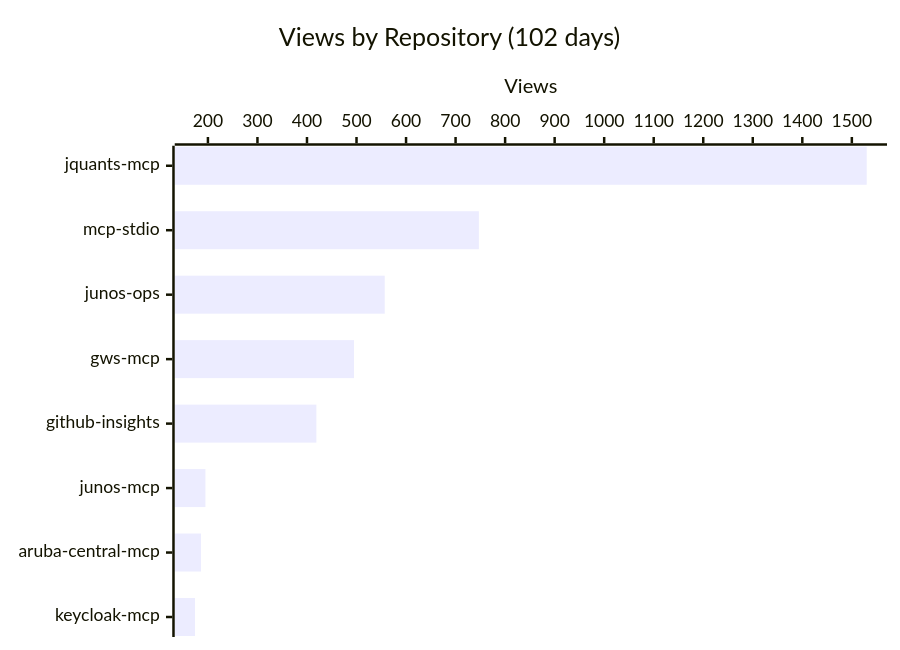
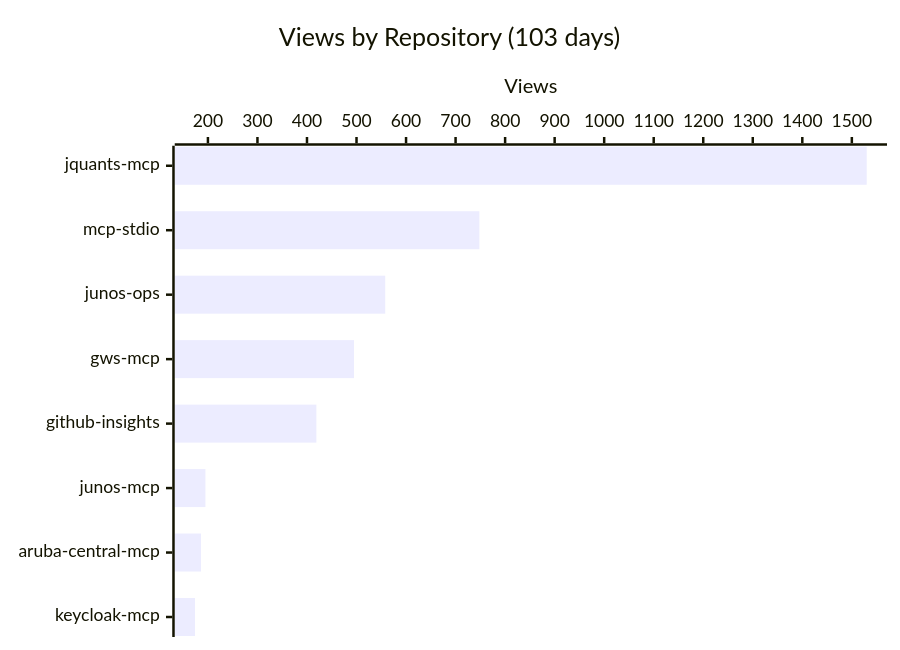
Before and after one commit to shigechika/github-insights: the first of 3 diagrams in README.md, drawn with Mermaid. The commit also changed other lines of this file and 2 other files, not shown here.

````diff
--- a/README.md
+++ b/README.md
@@ -18,7 +18,7 @@
 ```mermaid
 xychart-beta horizontal
-    title "Views by Repository (102 days)"
+    title "Views by Repository (103 days)"
     x-axis ["jquants-mcp", "mcp-stdio", "junos-ops", "gws-mcp", "github-insights", "junos-mcp", "aruba-central-mcp", "keycloak-mcp"]
     y-axis "Views"
-    bar [1530, 747, 557, 495, 419, 195, 186, 174]
+    bar [1530, 748, 558, 495, 419, 195, 186, 174]
 ```
````
